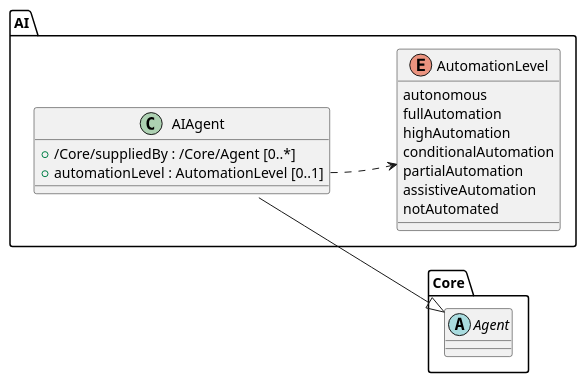
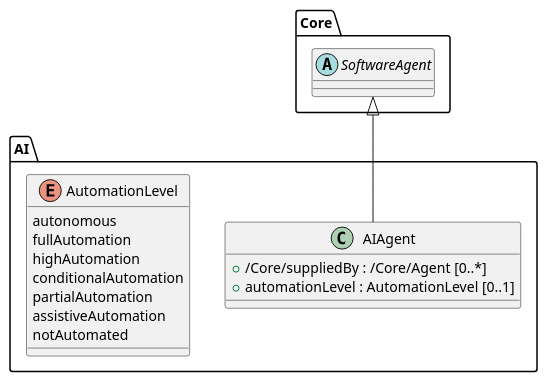
One commit to bact/spdx-3-model changed the diagram in docs/diagrams/aigent.plantuml. Above: the diagram before and after it, drawn with PlantUML. The commit also changed other lines of this file and 2 other files, not shown here.

Commit message:
Agent -> SoftwareAgent

```diff
--- a/docs/diagrams/aigent.plantuml
+++ b/docs/diagrams/aigent.plantuml
@@ -5,30 +6,23 @@
 @startuml AIAgent
 
-left to right direction
+set separator /
 
-package Core {
-    abstract Agent {
-    }
+abstract "Core/SoftwareAgent" {
 }
 
-package AI {
-    class AIAgent {
-        + /Core/suppliedBy : /Core/Agent [0..*]
-        + automationLevel : AutomationLevel [0..1]
-    }
-
-    enum AutomationLevel {
-        autonomous
-        fullAutomation
-        highAutomation
-        conditionalAutomation
-        partialAutomation
-        assistiveAutomation
-        notAutomated
-    }
+class "AI/AIAgent" extends "Core/SoftwareAgent" {
+    + /Core/suppliedBy : /Core/Agent [0..*]
+    + automationLevel : AutomationLevel [0..1]
 }
 
-AIAgent --|> Agent
-AIAgent::automationLevel ..> AutomationLevel
+enum "AI/AutomationLevel" {
+    autonomous
+    fullAutomation
+    highAutomation
+    conditionalAutomation
+    partialAutomation
+    assistiveAutomation
+    notAutomated
+}
 
 @enduml
```
